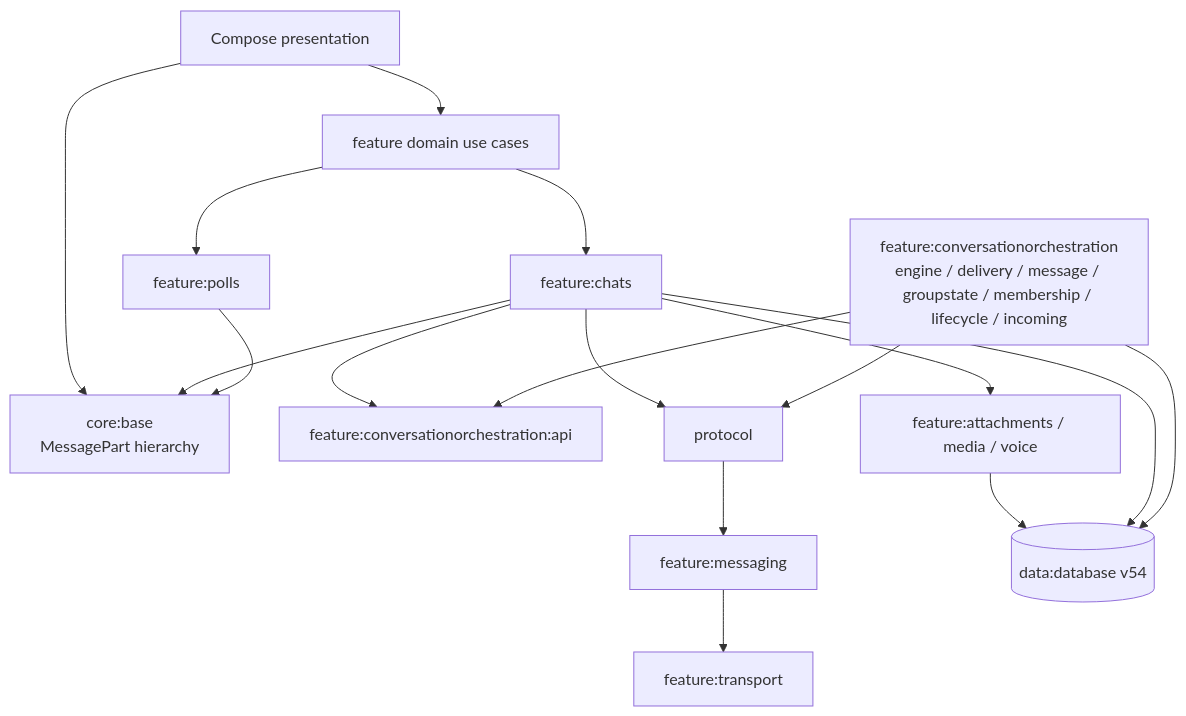
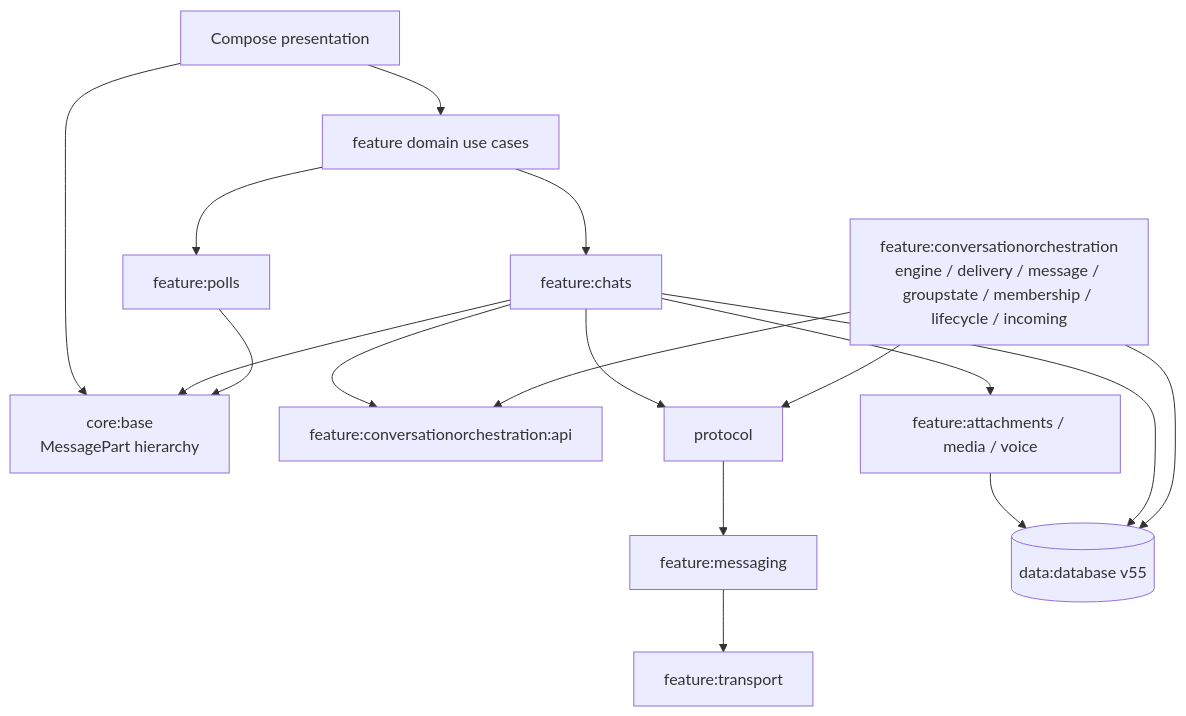
One commit to cbgm/Sparrow changed the first of 2 diagrams in docs/architecture/overview.md. Above: the diagram before and after it, drawn with Mermaid. The commit also changed other lines of this file and 102 other files, not shown here.

````diff
--- a/docs/architecture/overview.md
+++ b/docs/architecture/overview.md
@@ -7,34 +7,34 @@
 ```mermaid
 flowchart TD
     UI[Compose presentation]
     BASE[core:base
 MessagePart hierarchy]
     UC[feature domain use cases]
     API[feature:conversationorchestration:api]
     ORCH[feature:conversationorchestration
 engine / delivery / message / groupstate / membership / lifecycle / incoming]
     CHAT[feature:chats]
     POLL[feature:polls]
     ATT[feature:attachments / media / voice]
     MSG[feature:messaging]
     TR[feature:transport]
     PROTO[protocol]
-    DB[(data:database v54)]
+    DB[(data:database v55)]
 
     UI --> UC
     UI --> BASE
     UC --> CHAT
     UC --> POLL
     CHAT --> BASE
     POLL --> BASE
     CHAT --> API
     ORCH --> API
     CHAT --> ATT
     ATT --> DB
     CHAT --> DB
     CHAT --> PROTO
     ORCH --> DB
     ORCH --> PROTO
     PROTO --> MSG
     MSG --> TR
 ```
````
